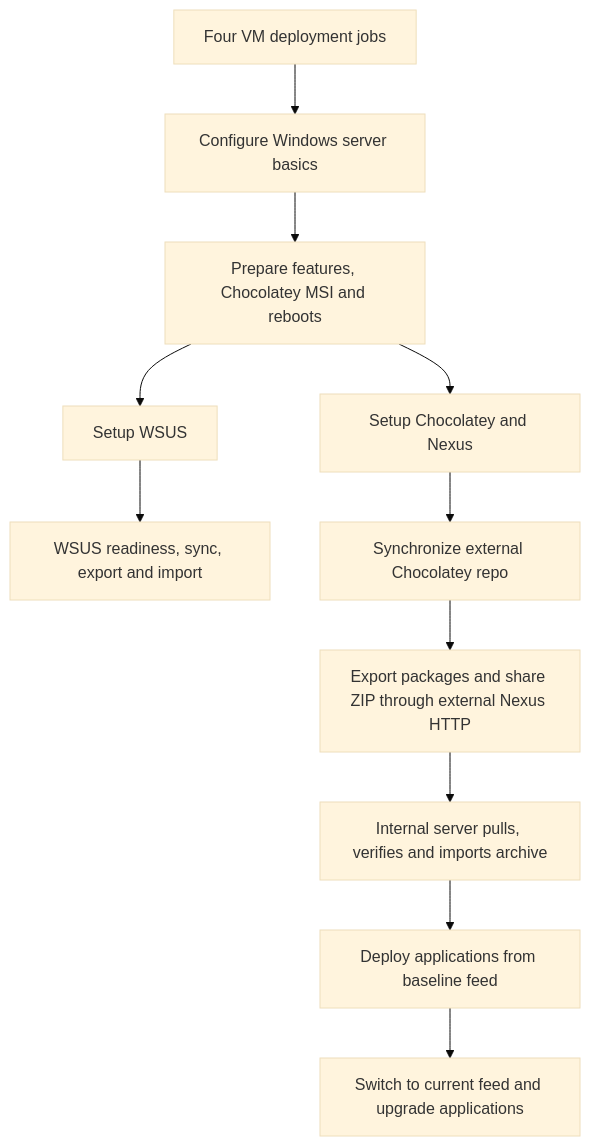
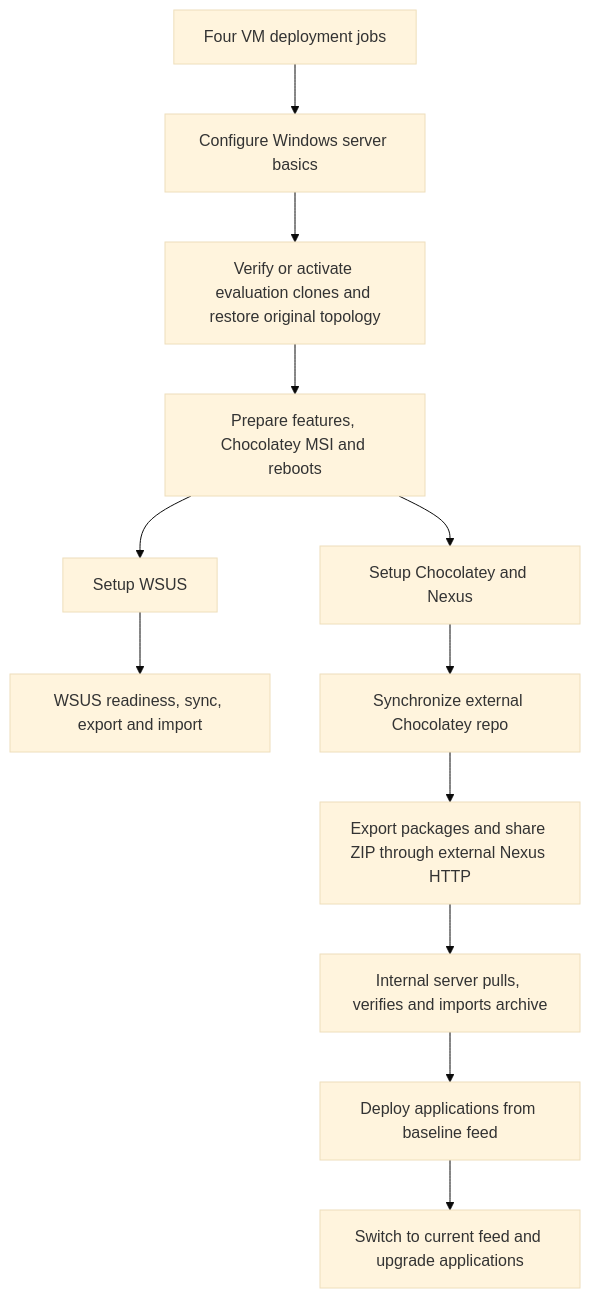
One commit to kvegh/disconnected-windows-patching changed the diagram in docs/application-deployment.md. Above: the diagram before and after it, drawn with Mermaid (base theme). The commit also changed other lines of this file and 3 other files, not shown here.

````diff
--- a/docs/application-deployment.md
+++ b/docs/application-deployment.md
@@ -24,13 +24,14 @@
 ```mermaid
 flowchart TD
     V[Four VM deployment jobs] --> B[Configure Windows server basics]
-    B --> P[Prepare features, Chocolatey MSI and reboots]
+    B --> A[Verify or activate evaluation clones and restore original topology]
+    A --> P[Prepare features, Chocolatey MSI and reboots]
     P --> W[Setup WSUS]
     P --> C[Setup Chocolatey and Nexus]
     W --> WP[WSUS readiness, sync, export and import]
     C --> S[Synchronize external Chocolatey repo]
     S --> E[Export packages and share ZIP through external Nexus HTTP]
     E --> I[Internal server pulls, verifies and imports archive]
     I --> O[Deploy applications from baseline feed]
     O --> U[Switch to current feed and upgrade applications]
 ```
````
